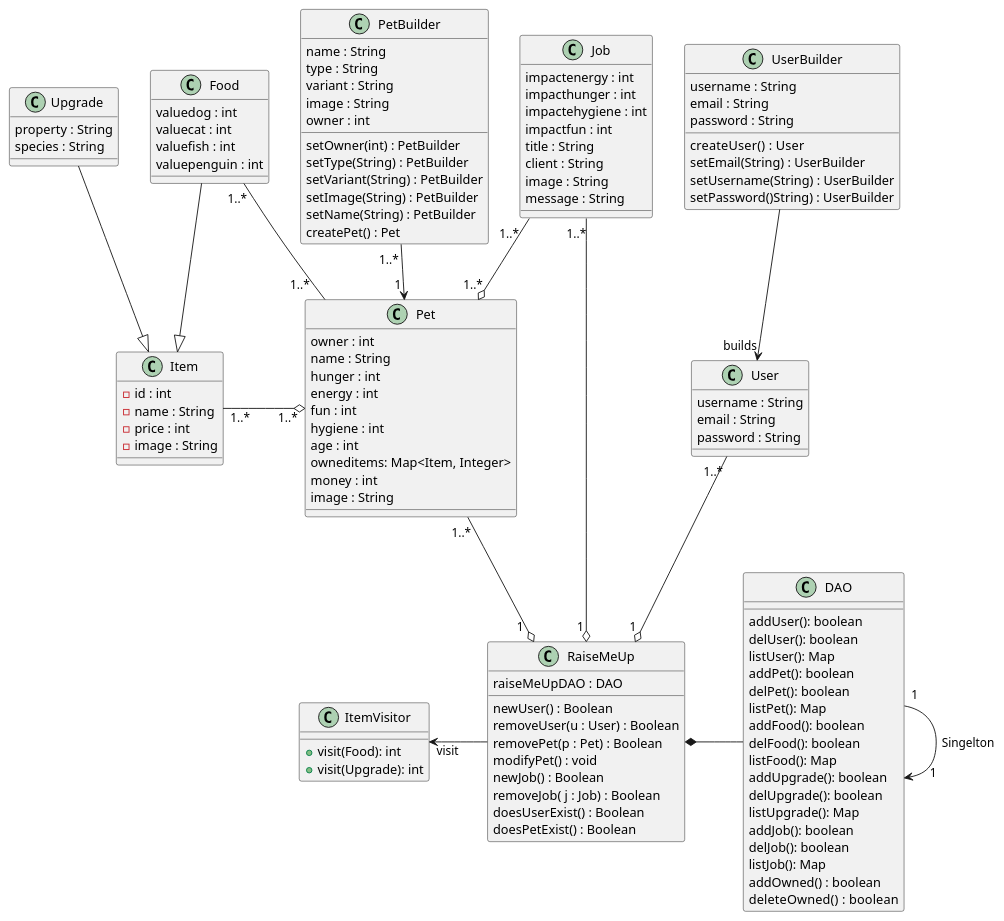
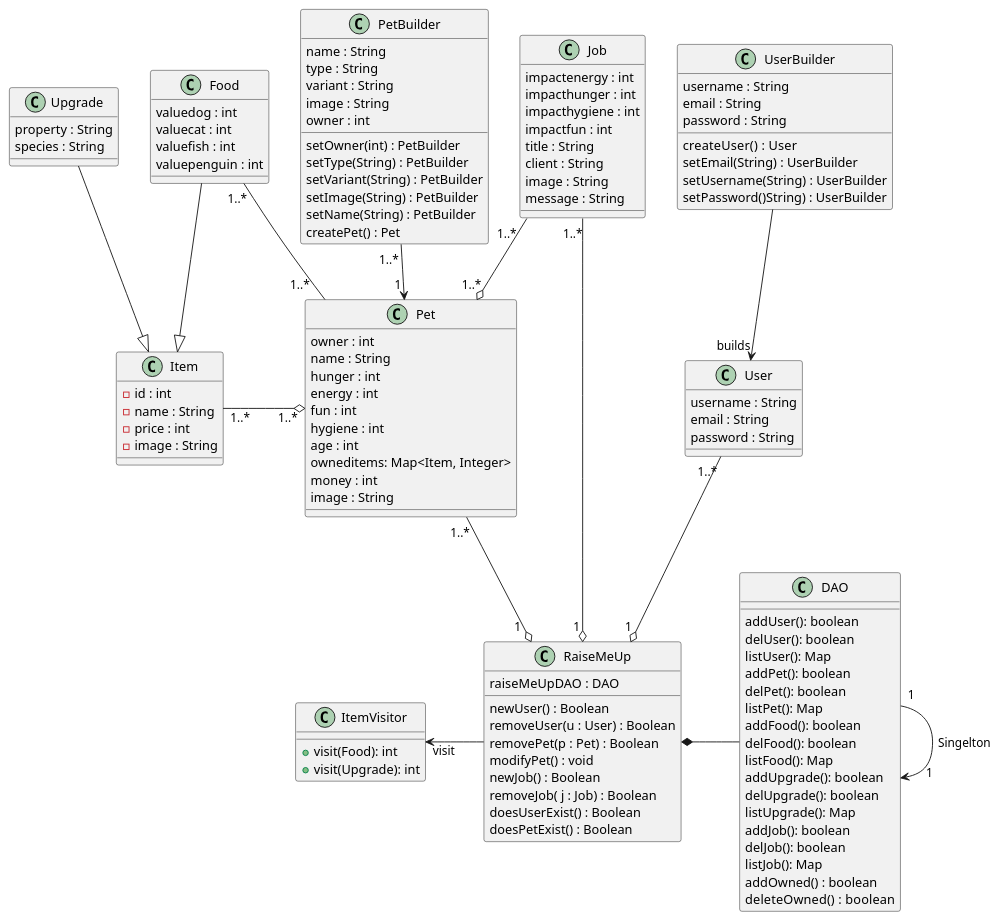
Before and after one commit to sh4r10/thesis-autogen-classdiagrams: the diagram in artefacts/human-diagrams/p2.puml, drawn with PlantUML.

Commit message:
fix spelling of job again p2.puml

```diff
--- a/artefacts/human-diagrams/p2.puml
+++ b/artefacts/human-diagrams/p2.puml
@@ -1,126 +1,126 @@
 @startuml
 class PetBuilder {
     name : String
     type : String
     variant : String
     image : String
     owner : int
 
     setOwner(int) : PetBuilder
     setType(String) : PetBuilder
     setVariant(String) : PetBuilder
     setImage(String) : PetBuilder
     setName(String) : PetBuilder
     createPet() : Pet
 }
 
 class Pet {
     owner : int
     name : String
     hunger : int
     energy : int
     fun : int
     hygiene : int
     age : int
     owneditems: Map<Item, Integer>
     money : int
     image : String
 }
 class User {
     username : String
     email : String
     password : String
 }
 class UserBuilder {
     username : String
     email : String
     password : String
 
     createUser() :  User
     setEmail(String) : UserBuilder
     setUsername(String) : UserBuilder
     setPassword()String) : UserBuilder
 }
 
 class Job {
     impactenergy : int
     impacthunger : int
-    impactehygiene : int
+    impacthygiene : int
     impactfun : int
     title : String
     client : String
     image : String
     message : String
 }
 class Food{
     valuedog : int
     valuecat : int
     valuefish : int
     valuepenguin : int
 }
 class Upgrade{
     property : String
     species : String
 }
 class Item {
     -id : int
     -name : String
     -price : int
     -image : String
 }
 class ItemVisitor {
     +visit(Food): int
     +visit(Upgrade): int
 }
 
 class RaiseMeUp {
     raiseMeUpDAO : DAO
     newUser() : Boolean
     removeUser(u : User) : Boolean
     removePet(p : Pet) : Boolean
     modifyPet() : void
     newJob() : Boolean
     removeJob( j : Job) : Boolean
     doesUserExist() : Boolean
     doesPetExist() : Boolean
 }
 
 class DAO {
     addUser(): boolean
     delUser(): boolean
     listUser(): Map
     addPet(): boolean
     delPet(): boolean
     listPet(): Map
     addFood(): boolean
     delFood(): boolean
     listFood(): Map
     addUpgrade(): boolean
     delUpgrade(): boolean
     listUpgrade(): Map
     addJob(): boolean
     delJob(): boolean
     listJob(): Map
     addOwned() : boolean
     deleteOwned() :  boolean
 }
 Upgrade -[hidden] Food
 
 Food --|> Item
 Upgrade --|> Item
 
 PetBuilder "1..* " --> "1 " Pet
 UserBuilder -d-> "builds" User
 
 Job "1..*  " --o "1..*"Pet
 Item "1..*" -r-o "1..*" Pet : \t\t
 RaiseMeUp -l-> "visit" ItemVisitor : \t
 Food "1..*"--"1..*   " Pet
 
 Job "1..*" --o "1 " RaiseMeUp
 User "1..*" --o "1 " RaiseMeUp
 Pet "1..*" --o "1  " RaiseMeUp
 
 DAO "1"--> "      1" DAO : "Singelton"
 DAO -l-* RaiseMeUp : \t
 @enduml
```
